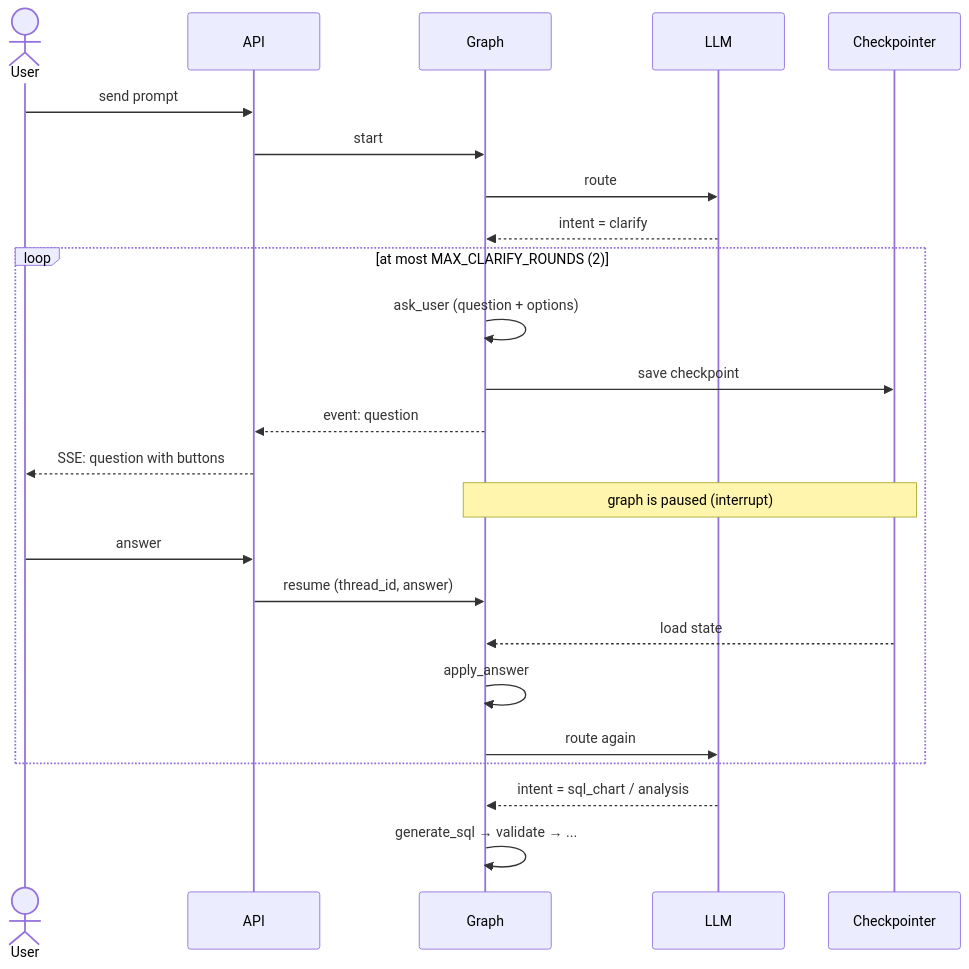
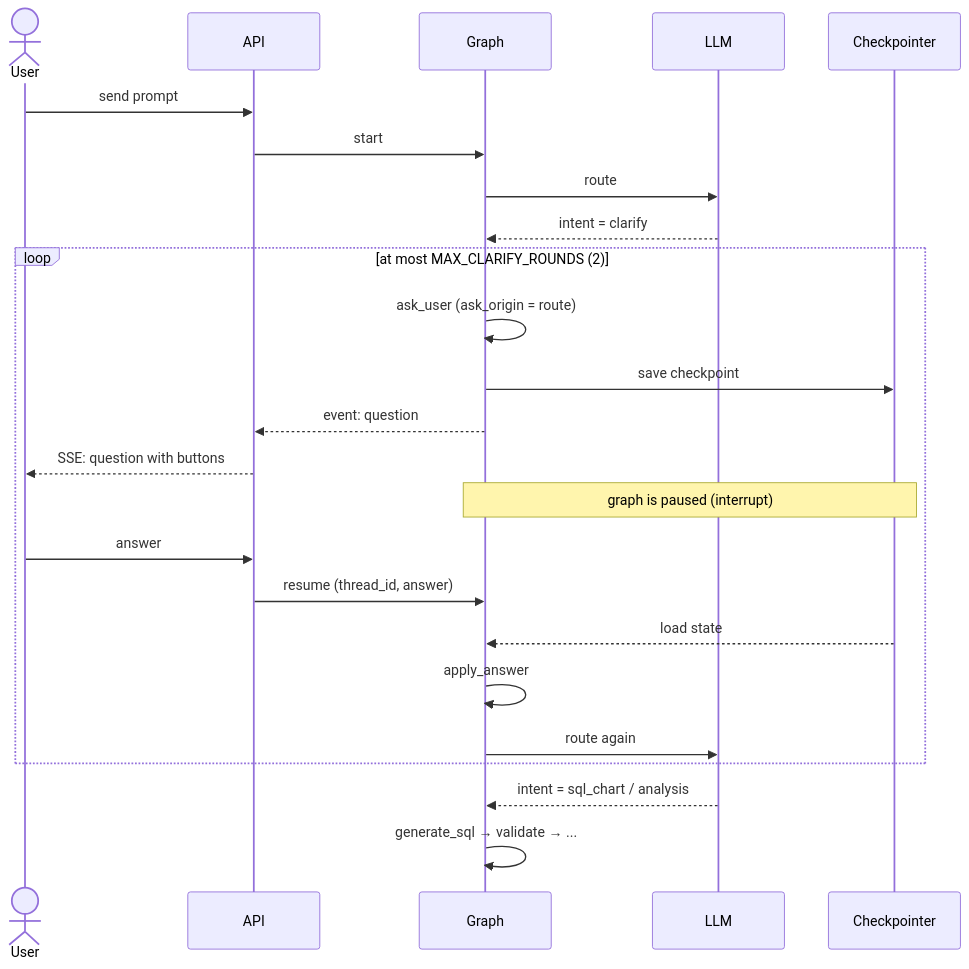
One commit to BafoyevaShakhrizoda/analytics changed the second of 3 diagrams in docs/build-graph-hil.md. Above: the diagram before and after it, drawn with Mermaid. The commit also changed other lines of this file, not shown here.

Commit message:
docs: name the two ask_user points (before SQL, before sandbox)

````diff
--- a/docs/build-graph-hil.md
+++ b/docs/build-graph-hil.md
@@ -68,30 +78,30 @@
 ```mermaid
 sequenceDiagram
     actor U as User
     participant API
     participant G as Graph
     participant LLM
     participant CP as Checkpointer
 
     U->>API: send prompt
     API->>G: start
     G->>LLM: route
     LLM-->>G: intent = clarify
 
     loop at most MAX_CLARIFY_ROUNDS (2)
-        G->>G: ask_user (question + options)
+        G->>G: ask_user (ask_origin = route)
         G->>CP: save checkpoint
         G-->>API: event: question
         API-->>U: SSE: question with buttons
         Note over G,CP: graph is paused (interrupt)
 
         U->>API: answer
         API->>G: resume (thread_id, answer)
         CP-->>G: load state
         G->>G: apply_answer
         G->>LLM: route again
     end
 
     LLM-->>G: intent = sql_chart / analysis
     G->>G: generate_sql → validate → ...
 ```
````
